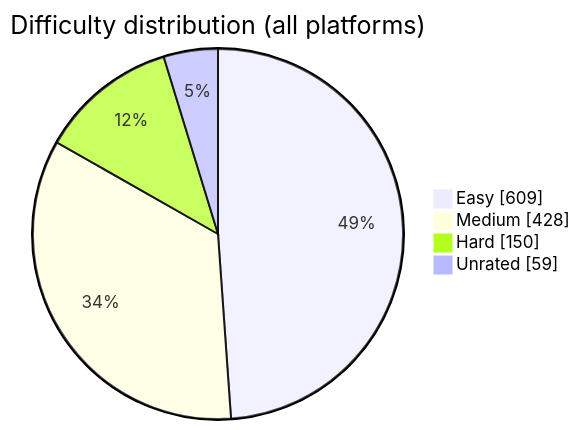
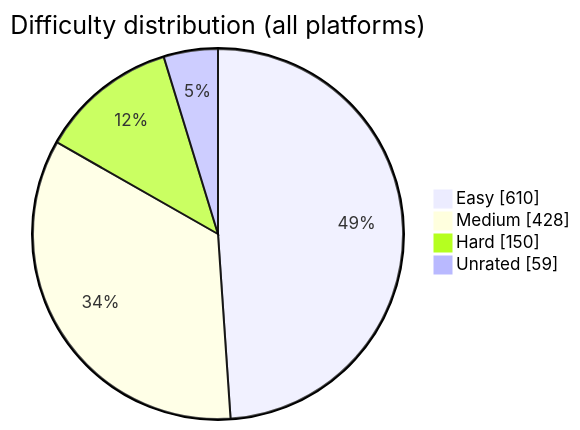
Before and after one commit to BuildbyArindam/Daily-Coding-Log: the diagram in README.md, drawn with Mermaid. The commit also changed other lines of this file, not shown here.

````diff
--- a/README.md
+++ b/README.md
@@ -93,7 +93,7 @@
 ```mermaid
 pie showData title Difficulty distribution (all platforms)
-    "Easy" : 609
+    "Easy" : 610
     "Medium" : 428
     "Hard" : 150
     "Unrated" : 59
 ```
````
